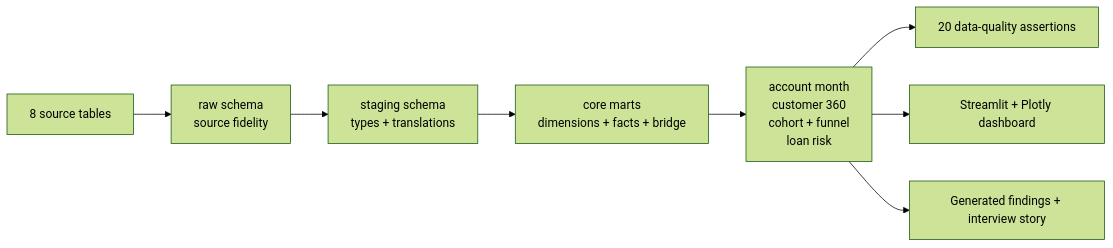
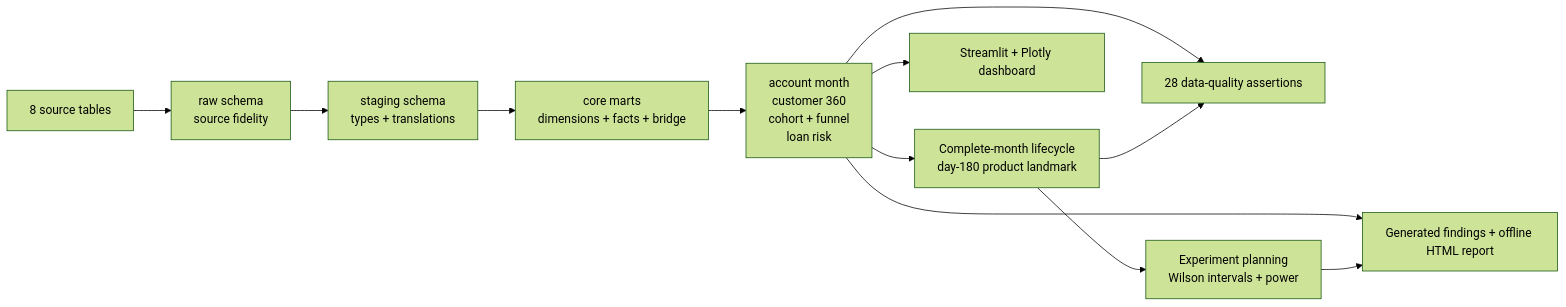
The diagram in README.md (qNaoNao/retail-bank-analytics), drawn with Mermaid (forest theme) before and after one commit. The commit also changed other lines of this file and 42 other files, not shown here.

````diff
--- a/README.md
+++ b/README.md
@@ -44,10 +70,14 @@
 ```mermaid
 flowchart LR
     S[8 source tables] --> R[raw schema<br/>source fidelity]
     R --> T[staging schema<br/>types + translations]
     T --> C[core marts<br/>dimensions + facts + bridge]
     C --> B[account month<br/>customer 360<br/>cohort + funnel<br/>loan risk]
-    B --> Q[20 data-quality assertions]
+    B --> G[Complete-month lifecycle<br/>day-180 product landmark]
+    B --> Q[28 data-quality assertions]
+    G --> Q
+    G --> E[Experiment planning<br/>Wilson intervals + power]
     B --> D[Streamlit + Plotly dashboard]
-    B --> F[Generated findings + interview story]
+    B --> F[Generated findings + offline HTML report]
+    E --> F
 ```
````
